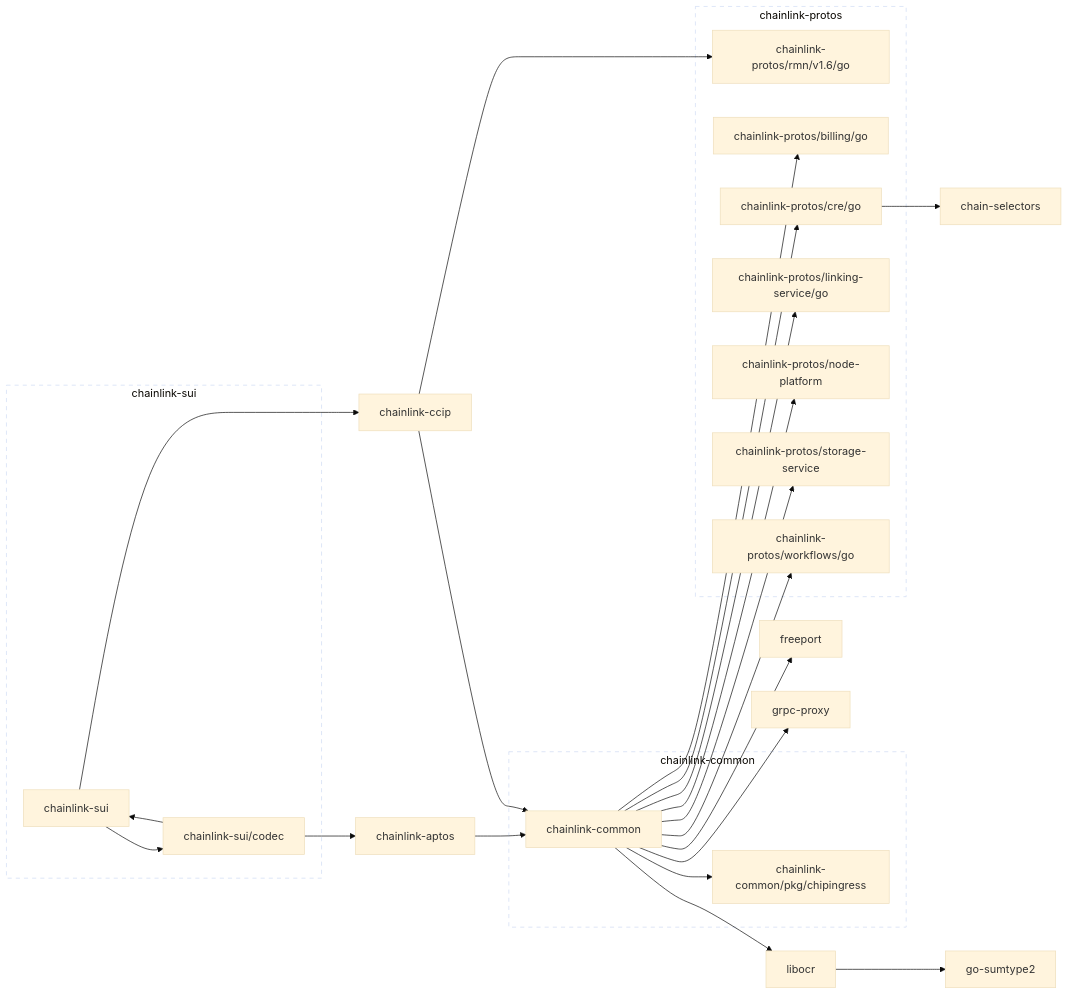
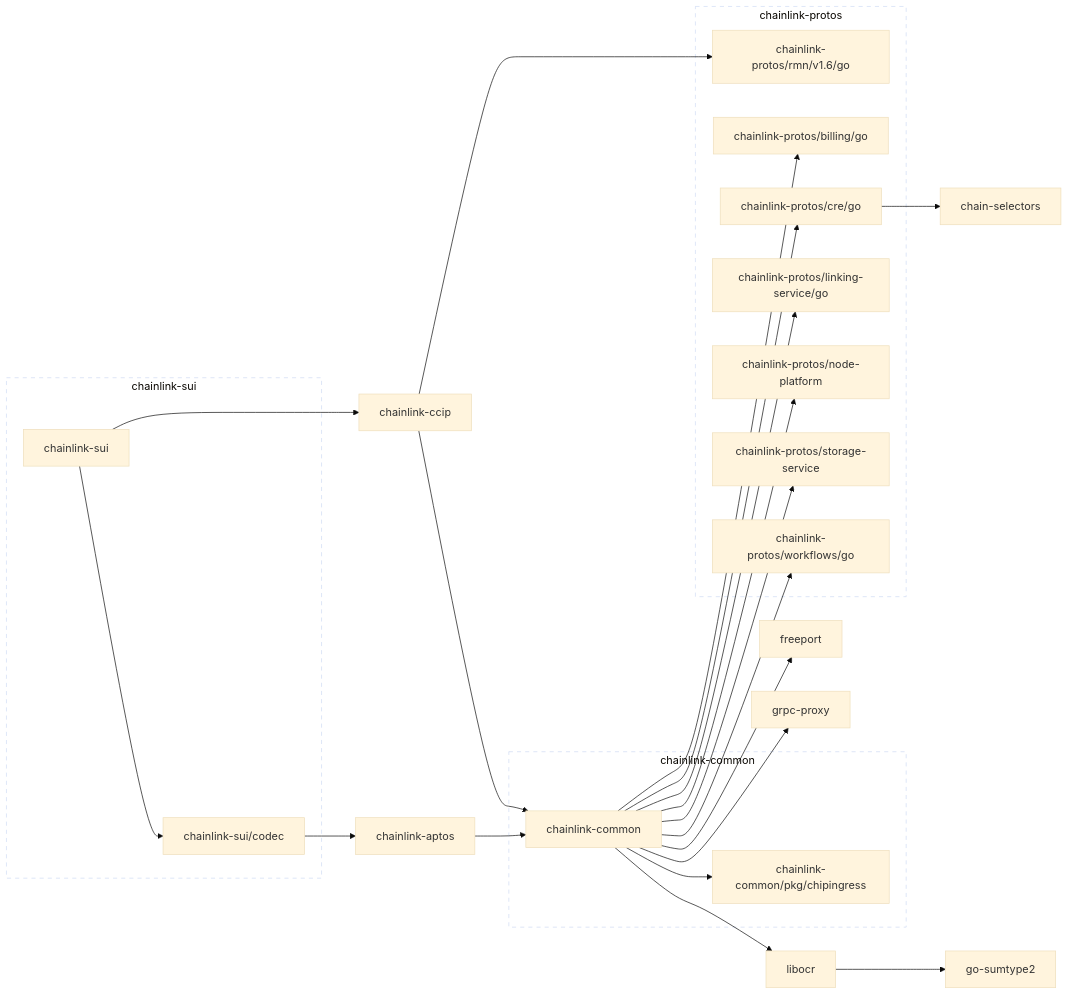
Before and after one commit to smartcontractkit/chainlink-sui: the first of 2 diagrams in go.md, drawn with Mermaid (base theme). The commit also changed other lines of this file, not shown here.

````diff
--- a/go.md
+++ b/go.md
@@ -3,78 +3,77 @@
 ```mermaid
 flowchart LR
 
 	chain-selectors
 	click chain-selectors href "https://github.com/smartcontractkit/chain-selectors"
 	chainlink-aptos --> chainlink-common
 	click chainlink-aptos href "https://github.com/smartcontractkit/chainlink-aptos"
 	chainlink-ccip --> chainlink-common
 	chainlink-ccip --> chainlink-protos/rmn/v1.6/go
 	click chainlink-ccip href "https://github.com/smartcontractkit/chainlink-ccip"
 	chainlink-common --> chainlink-common/pkg/chipingress
 	chainlink-common --> chainlink-protos/billing/go
 	chainlink-common --> chainlink-protos/cre/go
 	chainlink-common --> chainlink-protos/linking-service/go
 	chainlink-common --> chainlink-protos/node-platform
 	chainlink-common --> chainlink-protos/storage-service
 	chainlink-common --> chainlink-protos/workflows/go
 	chainlink-common --> freeport
 	chainlink-common --> grpc-proxy
 	chainlink-common --> libocr
 	click chainlink-common href "https://github.com/smartcontractkit/chainlink-common"
 	chainlink-common/pkg/chipingress
 	click chainlink-common/pkg/chipingress href "https://github.com/smartcontractkit/chainlink-common"
 	chainlink-protos/billing/go
 	click chainlink-protos/billing/go href "https://github.com/smartcontractkit/chainlink-protos"
 	chainlink-protos/cre/go --> chain-selectors
 	click chainlink-protos/cre/go href "https://github.com/smartcontractkit/chainlink-protos"
 	chainlink-protos/linking-service/go
 	click chainlink-protos/linking-service/go href "https://github.com/smartcontractkit/chainlink-protos"
 	chainlink-protos/node-platform
 	click chainlink-protos/node-platform href "https://github.com/smartcontractkit/chainlink-protos"
 	chainlink-protos/rmn/v1.6/go
 	click chainlink-protos/rmn/v1.6/go href "https://github.com/smartcontractkit/chainlink-protos"
 	chainlink-protos/storage-service
 	click chainlink-protos/storage-service href "https://github.com/smartcontractkit/chainlink-protos"
 	chainlink-protos/workflows/go
 	click chainlink-protos/workflows/go href "https://github.com/smartcontractkit/chainlink-protos"
 	chainlink-sui --> chainlink-ccip
 	chainlink-sui --> chainlink-sui/codec
 	click chainlink-sui href "https://github.com/smartcontractkit/chainlink-sui"
 	chainlink-sui/codec --> chainlink-aptos
-	chainlink-sui/codec --> chainlink-sui
 	click chainlink-sui/codec href "https://github.com/smartcontractkit/chainlink-sui"
 	freeport
 	click freeport href "https://github.com/smartcontractkit/freeport"
 	go-sumtype2
 	click go-sumtype2 href "https://github.com/smartcontractkit/go-sumtype2"
 	grpc-proxy
 	click grpc-proxy href "https://github.com/smartcontractkit/grpc-proxy"
 	libocr --> go-sumtype2
 	click libocr href "https://github.com/smartcontractkit/libocr"
 
 	subgraph chainlink-common-repo[chainlink-common]
 		 chainlink-common
 		 chainlink-common/pkg/chipingress
 	end
 	click chainlink-common-repo href "https://github.com/smartcontractkit/chainlink-common"
 
 	subgraph chainlink-protos-repo[chainlink-protos]
 		 chainlink-protos/billing/go
 		 chainlink-protos/cre/go
 		 chainlink-protos/linking-service/go
 		 chainlink-protos/node-platform
 		 chainlink-protos/rmn/v1.6/go
 		 chainlink-protos/storage-service
 		 chainlink-protos/workflows/go
 	end
 	click chainlink-protos-repo href "https://github.com/smartcontractkit/chainlink-protos"
 
 	subgraph chainlink-sui-repo[chainlink-sui]
 		 chainlink-sui
 		 chainlink-sui/codec
 	end
 	click chainlink-sui-repo href "https://github.com/smartcontractkit/chainlink-sui"
 
 	classDef outline stroke-dasharray:6,fill:none;
 	class chainlink-common-repo,chainlink-protos-repo,chainlink-sui-repo outline
 ```
````
